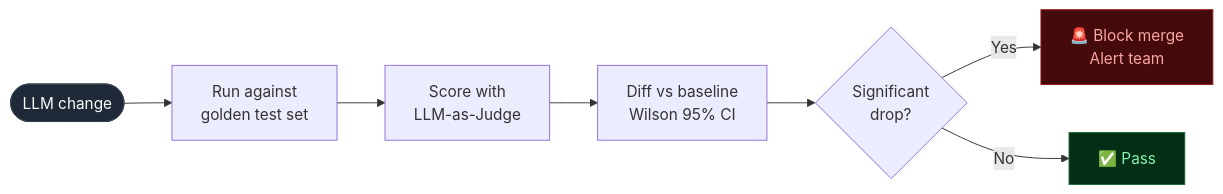
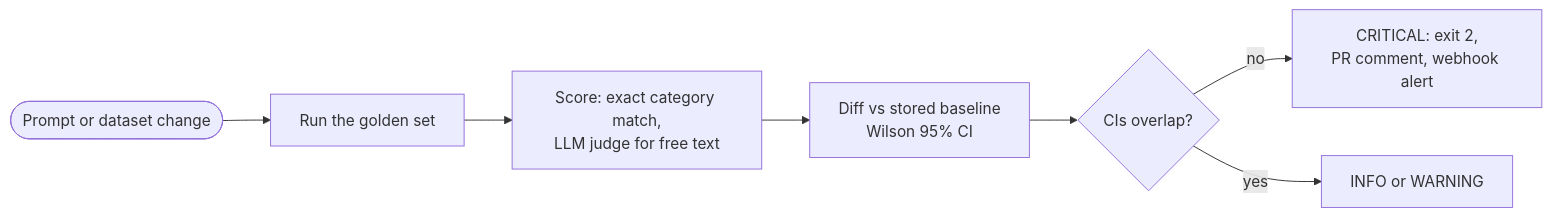
One commit to adel-saoud/llm-regression-detector changed the diagram in README.md. Above: the diagram before and after it, drawn with Mermaid. The commit also changed other lines of this file and 27 other files, not shown here.

````diff
--- a/README.md
+++ b/README.md
@@ -89,13 +45,9 @@
 ```mermaid
 flowchart LR
-    A([LLM change]) --> B[Run against\ngolden test set]
-    B --> C[Score with\nLLM-as-Judge]
-    C --> D[Diff vs baseline\nWilson 95% CI]
-    D --> E{Significant\ndrop?}
-    E -- Yes --> F[🚨 Block merge\nAlert team]
-    E -- No --> G[✅ Pass]
-
-    style A fill:#1f2937,stroke:#374151,color:#f9fafb
-    style F fill:#450a0a,stroke:#991b1b,color:#fca5a5
-    style G fill:#052e16,stroke:#166534,color:#86efac
+    A([Prompt or dataset change]) --> B[Run the golden set]
+    B --> C[Score: exact category match,<br/>LLM judge for free text]
+    C --> D[Diff vs stored baseline<br/>Wilson 95% CI]
+    D --> E{CIs overlap?}
+    E -- no --> F[CRITICAL: exit 2,<br/>PR comment, webhook alert]
+    E -- yes --> G[INFO or WARNING]
 ```
````
